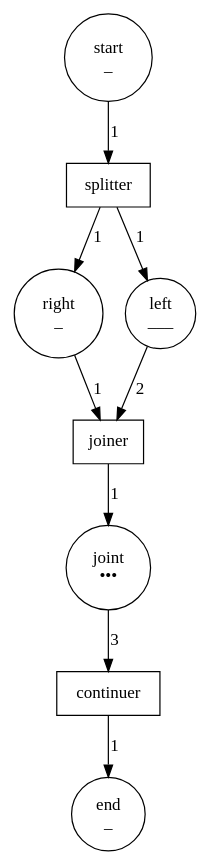
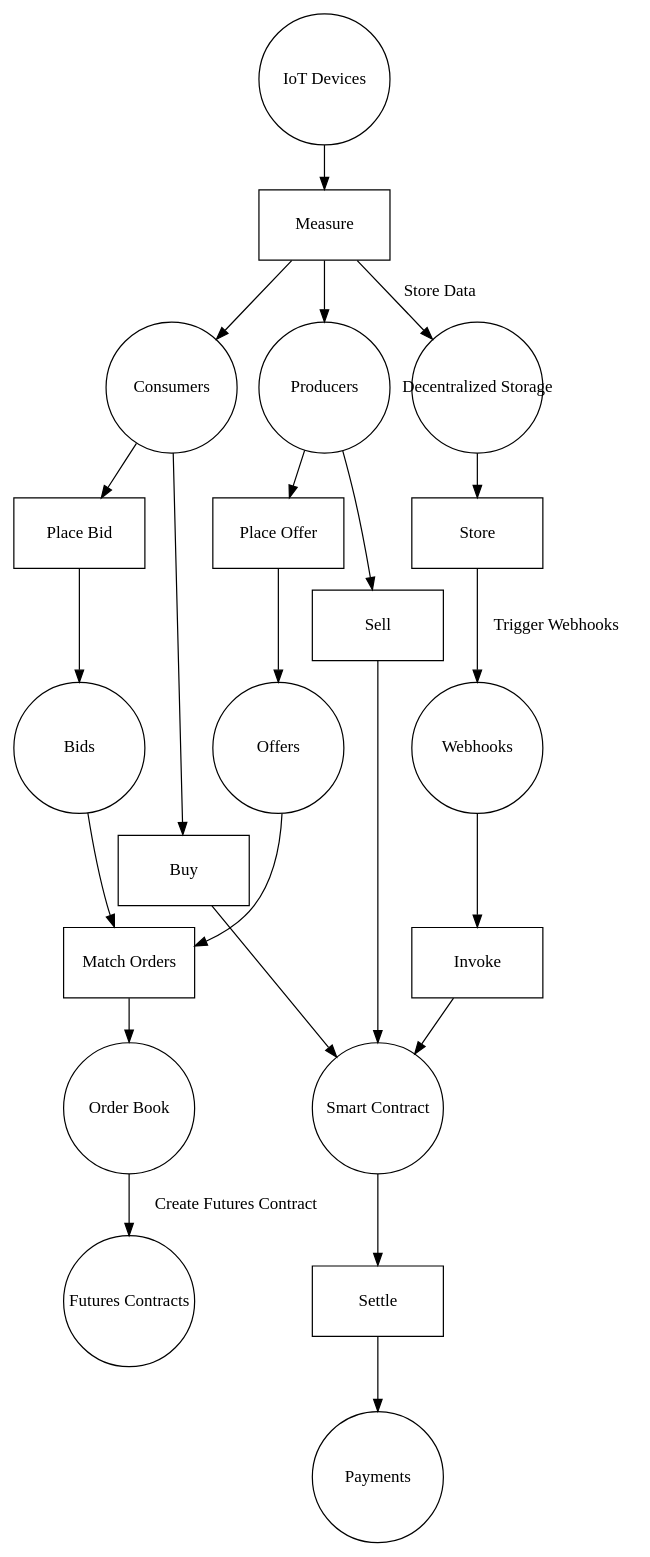
The diagram in petrinet3.dot (iandebeer/gleibnif), drawn with Graphviz before and after one commit. The commit also changed 10 other files, not shown here.

```diff
--- a/petrinet3.dot
+++ b/petrinet3.dot
@@ -1,19 +1,56 @@
-digraph G {
-0 [label="right\n_\n" shape=circle]
-1 [label="left\n___\n" shape=circle]
-2 [label="end\n_\n" shape=circle]
-3 [label="continuer" shape=box]
-4 [label="joiner" shape=box]
-5 [label="start\n_\n" shape=circle]
-6 [label="splitter" shape=box]
-7 [label="joint\n•••\n" shape=circle]
+digraph petri_net {
+  rankdir = TD;
+  node [shape=circle, fixedsize=true, width=1.5];
 
-0 -> 4 [label="1" ] 
-1 -> 4 [label="2" ] 
-3 -> 2 [label="1" ] 
-4 -> 7 [label="1" ] 
-5 -> 6 [label="1" ] 
-6 -> 1 [label="1" ] 
-6 -> 0 [label="1" ] 
-7 -> 3 [label="3" ] 
+  // Places
+  place_producers [label="Producers"];
+  place_consumers [label="Consumers"];
+  place_smart_contract [label="Smart Contract"];
+  place_payments [label="Payments"];
+  place_iot_devices [label="IoT Devices"];
+  place_decentralized_storage [label="Decentralized Storage"];
+  place_webhooks [label="Webhooks"];
+  place_order_book [label="Order Book"];
+  place_bids [label="Bids"];
+  place_offers [label="Offers"];
+  place_futures_contracts [label="Futures Contracts"];
+
+  // Transitions
+  node [shape=rectangle, fixedsize=true, width=1.5, height=0.8];
+
+  transition_sell [label="Sell"];
+  transition_buy [label="Buy"];
+  transition_measure [label="Measure"];
+  transition_settle [label="Settle"];
+  transition_store [label="Store"];
+  transition_invoke [label="Invoke"];
+  transition_place_bid [label="Place Bid"];
+  transition_place_offer [label="Place Offer"];
+  transition_match_orders [label="Match Orders"];
+
+  // Arcs
+  place_producers -> transition_sell;
+  place_consumers -> transition_buy;
+  transition_sell -> place_smart_contract;
+  transition_buy -> place_smart_contract;
+  place_smart_contract -> transition_settle;
+  transition_settle -> place_payments;
+  place_iot_devices -> transition_measure;
+  transition_measure -> place_producers;
+  transition_measure -> place_consumers;
+  transition_measure -> place_decentralized_storage [label="Store Data"];
+  place_decentralized_storage -> transition_store;
+  transition_store -> place_webhooks [label="Trigger Webhooks"];
+  place_webhooks -> transition_invoke;
+  transition_invoke -> place_smart_contract;
+
+  // Order book related arcs
+  place_producers -> transition_place_offer;
+  place_consumers -> transition_place_bid;
+  transition_place_bid -> place_bids;
+  transition_place_offer -> place_offers;
+  place_bids -> transition_match_orders;
+  place_offers -> transition_match_orders;
+  transition_match_orders -> place_order_book;
+  place_order_book -> place_futures_contracts [label="Create Futures Contract"];
 }
```
